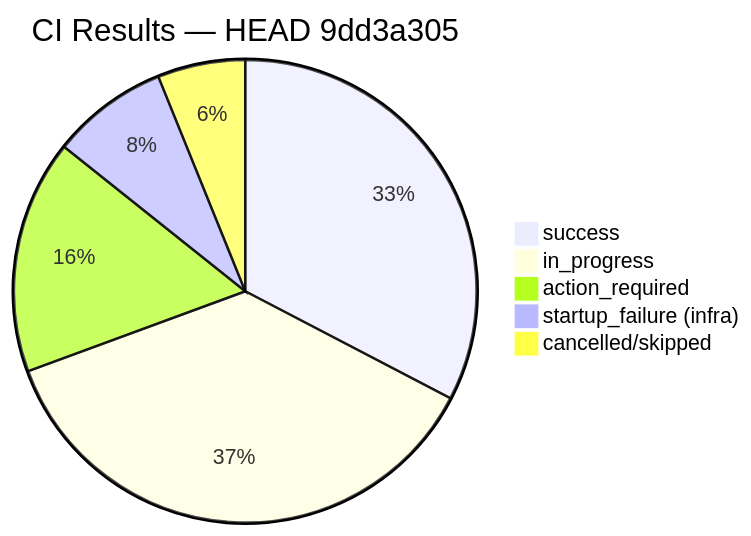
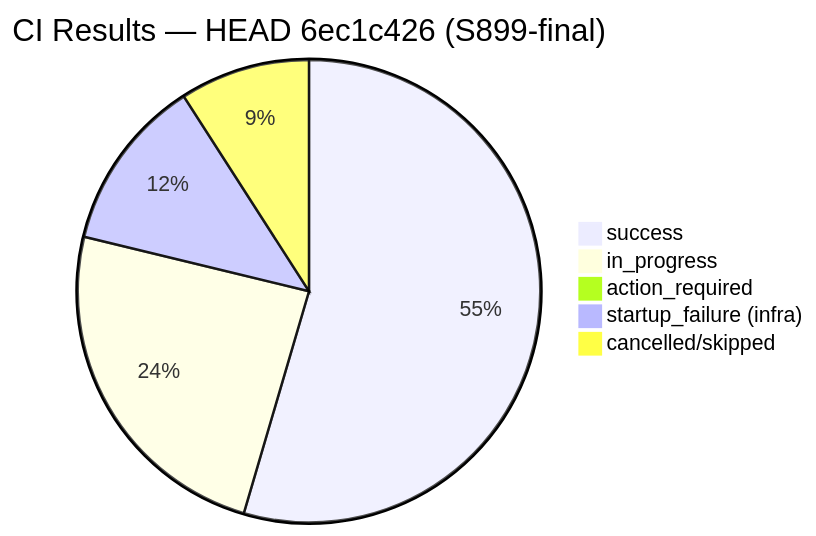
Before and after one commit to Aries-Serpent/_codex_: the third of 5 diagrams in docs/roadmap/PR4368_session_diagram.md, drawn with Mermaid. The commit also changed other lines of this file and 4 other files, not shown here.

````diff
--- a/docs/roadmap/PR4368_session_diagram.md
+++ b/docs/roadmap/PR4368_session_diagram.md
@@ -110,8 +111,8 @@
 ```mermaid
-pie title CI Results — HEAD 9dd3a305
-    "success" : 16
-    "in_progress" : 18
-    "action_required" : 8
+pie title CI Results — HEAD 6ec1c426 (S899-final)
+    "success" : 18
+    "in_progress" : 8
+    "action_required" : 0
     "startup_failure (infra)" : 4
     "cancelled/skipped" : 3
 ```
````
